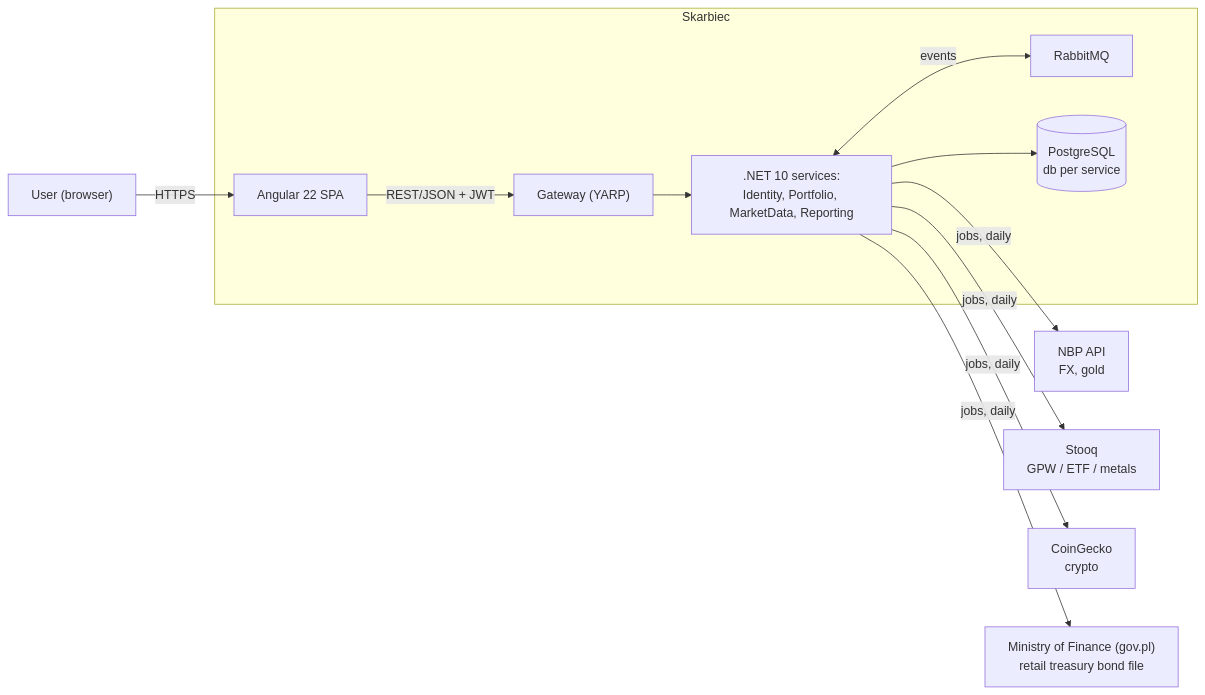
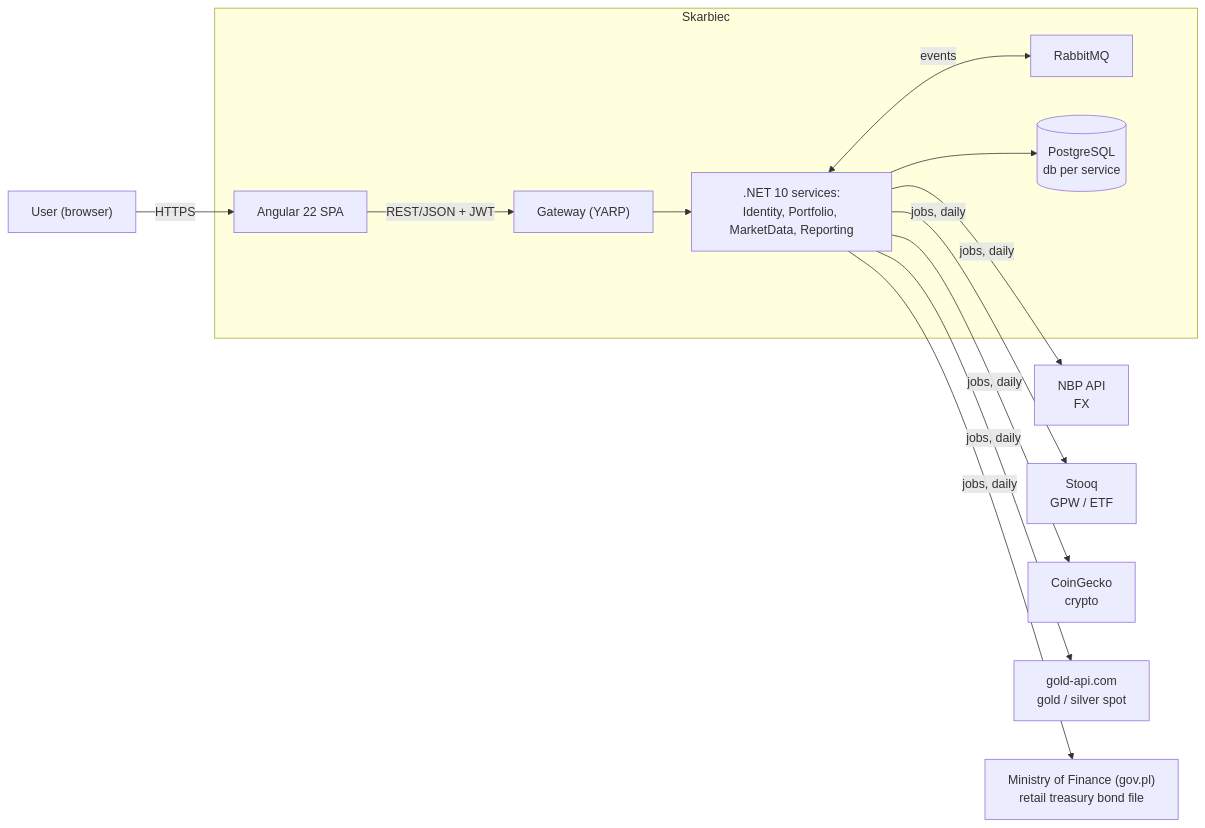
The first of 6 diagrams in skarbiec-plan/architecture.md (Maliniak93/FinMel), drawn with Mermaid before and after one commit. The commit also changed other lines of this file and 45 other files, not shown here.

First line of the commit message:
Precious metals: prices from gold-api.com (#203)

````diff
--- a/skarbiec-plan/architecture.md
+++ b/skarbiec-plan/architecture.md
@@ -50,25 +50,27 @@
 ```mermaid
 flowchart LR
     U["User (browser)"]
     subgraph SKARBIEC["Skarbiec"]
         SPA["Angular 22 SPA"]
         GW["Gateway (YARP)"]
         SVC[".NET 10 services:<br/>Identity, Portfolio, MarketData, Reporting"]
         MQ["RabbitMQ"]
         DB[("PostgreSQL<br/>db per service")]
     end
-    NBP["NBP API<br/>FX, gold"]
-    STOOQ["Stooq<br/>GPW / ETF / metals"]
+    NBP["NBP API<br/>FX"]
+    STOOQ["Stooq<br/>GPW / ETF"]
     CG["CoinGecko<br/>crypto"]
+    GA["gold-api.com<br/>gold / silver spot"]
     MF["Ministry of Finance (gov.pl)<br/>retail treasury bond file"]
 
     U -->|HTTPS| SPA
     SPA -->|"REST/JSON + JWT"| GW
     GW --> SVC
     SVC <-->|events| MQ
     SVC --> DB
     SVC -->|"jobs, daily"| NBP
     SVC -->|"jobs, daily"| STOOQ
     SVC -->|"jobs, daily"| CG
+    SVC -->|"jobs, daily"| GA
     SVC -->|"jobs, daily"| MF
 ```
````
